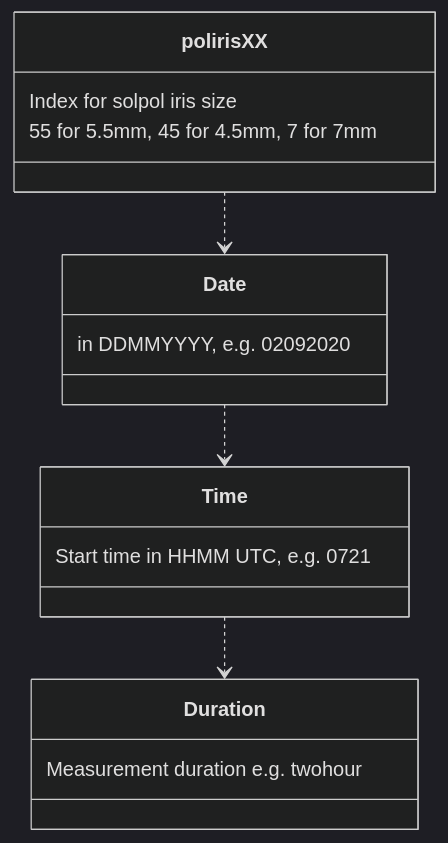
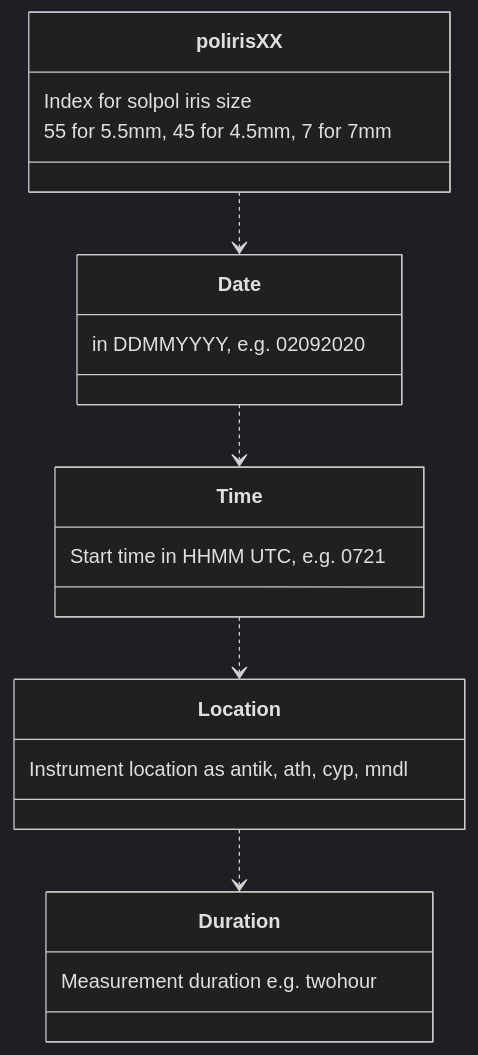
The diagram in test_data/README.md (NOA-ReACT/SolPol), drawn with Mermaid (dark theme) before and after one commit. The commit also changed other lines of this file, not shown here.

Commit message:
Update README.md
add location information in naming chain

````diff
--- a/test_data/README.md
+++ b/test_data/README.md
@@ -5,15 +5,18 @@
 ```mermaid
 classDiagram
   class polirisXX
   polirisXX : Index for solpol iris size
   polirisXX: 55 for 5.5mm, 45 for 4.5mm, 7 for 7mm
   class Date
   Date: in DDMMYYYY, e.g. 02092020
   class Time
   Time: Start time in HHMM UTC, e.g. 0721
+  class Location
+  Location: Instrument location as antik, ath, cyp, mndl
   class Duration
   Duration: Measurement duration e.g. twohour
   polirisXX ..> Date
   Date ..> Time
-  Time ..> Duration
+  Time ..> Location
+  Location ..> Duration
 ```
````
